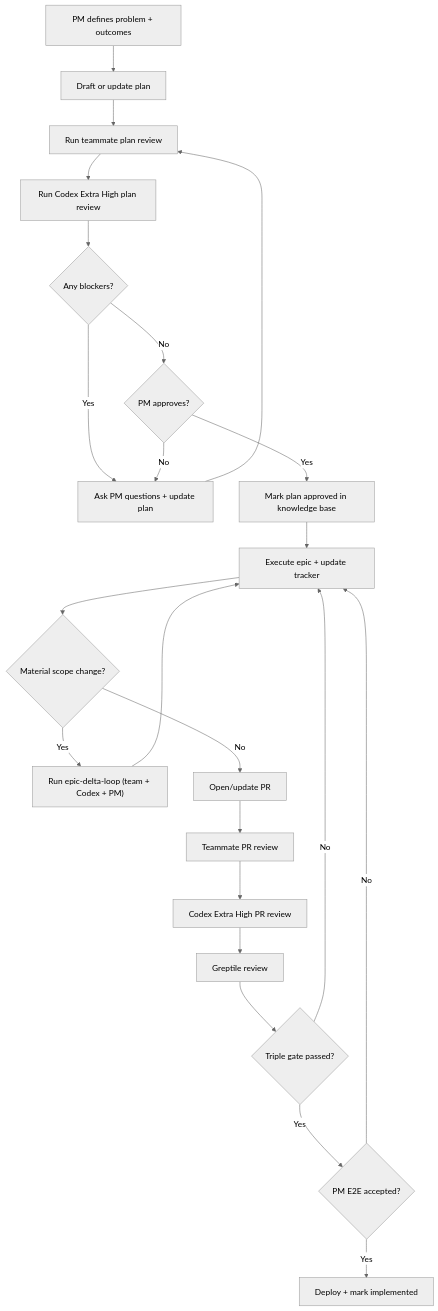
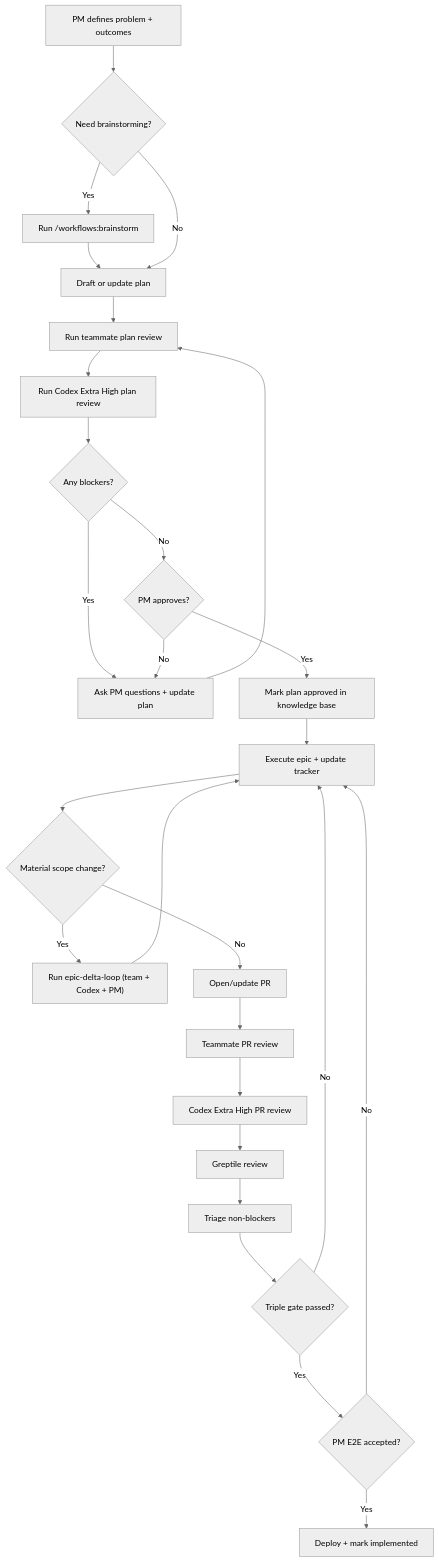
Before and after one commit to adam-badar/compound-engineering-system: the second of 2 diagrams in templates/docs/process/sequence-diagram.md, drawn with Mermaid (neutral theme). The commit also changed other lines of this file and 23 other files, not shown here.

Commit message:
feat: add discovery workflows and enforce non-blocker triage

````diff
--- a/templates/docs/process/sequence-diagram.md
+++ b/templates/docs/process/sequence-diagram.md
@@ -73,25 +79,29 @@
 ```mermaid
 flowchart TD
-    A["PM defines problem + outcomes"] --> B["Draft or update plan"]
+    A["PM defines problem + outcomes"] --> A1{"Need brainstorming?"}
+    A1 -- Yes --> A2["Run /workflows:brainstorm"]
+    A2 --> B["Draft or update plan"]
+    A1 -- No --> B
     B --> C["Run teammate plan review"]
     C --> D["Run Codex Extra High plan review"]
     D --> E{"Any blockers?"}
     E -- Yes --> F["Ask PM questions + update plan"]
     F --> C
     E -- No --> G{"PM approves?"}
     G -- No --> F
     G -- Yes --> H["Mark plan approved in knowledge base"]
     H --> I["Execute epic + update tracker"]
     I --> J{"Material scope change?"}
     J -- Yes --> K["Run epic-delta-loop (team + Codex + PM)"]
     K --> I
     J -- No --> L["Open/update PR"]
     L --> M["Teammate PR review"]
     M --> N["Codex Extra High PR review"]
     N --> O["Greptile review"]
-    O --> P{"Triple gate passed?"}
+    O --> O1["Triage non-blockers"]
+    O1 --> P{"Triple gate passed?"}
     P -- No --> I
     P -- Yes --> Q{"PM E2E accepted?"}
     Q -- No --> I
     Q -- Yes --> R["Deploy + mark implemented"]
 ```
````
